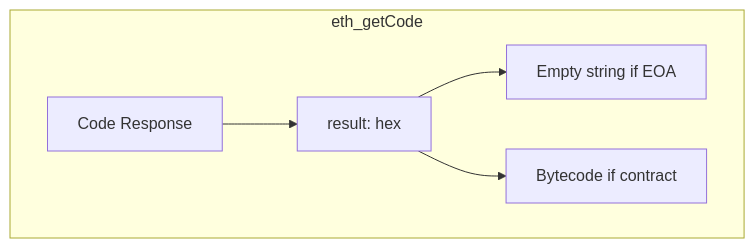
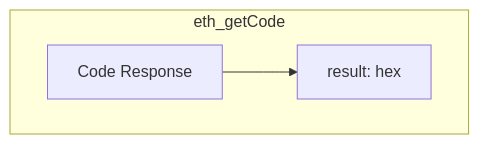
One commit to mportdata/evm-data-model changed the diagram in models/01_bronze/eth_getCode.md. Above: the diagram before and after it, drawn with Mermaid.

Commit message:
finished eth_getCode model

````diff
--- a/models/01_bronze/eth_getCode.md
+++ b/models/01_bronze/eth_getCode.md
@@ -1,8 +1,6 @@
 ```mermaid
 graph TD
     subgraph eth_getCode
         Code[Code Response] --> CodeVal[result: hex]
-        CodeVal --> Empty[Empty string if EOA]
-        CodeVal --> Bytes[Bytecode if contract]
     end
 ```
````
